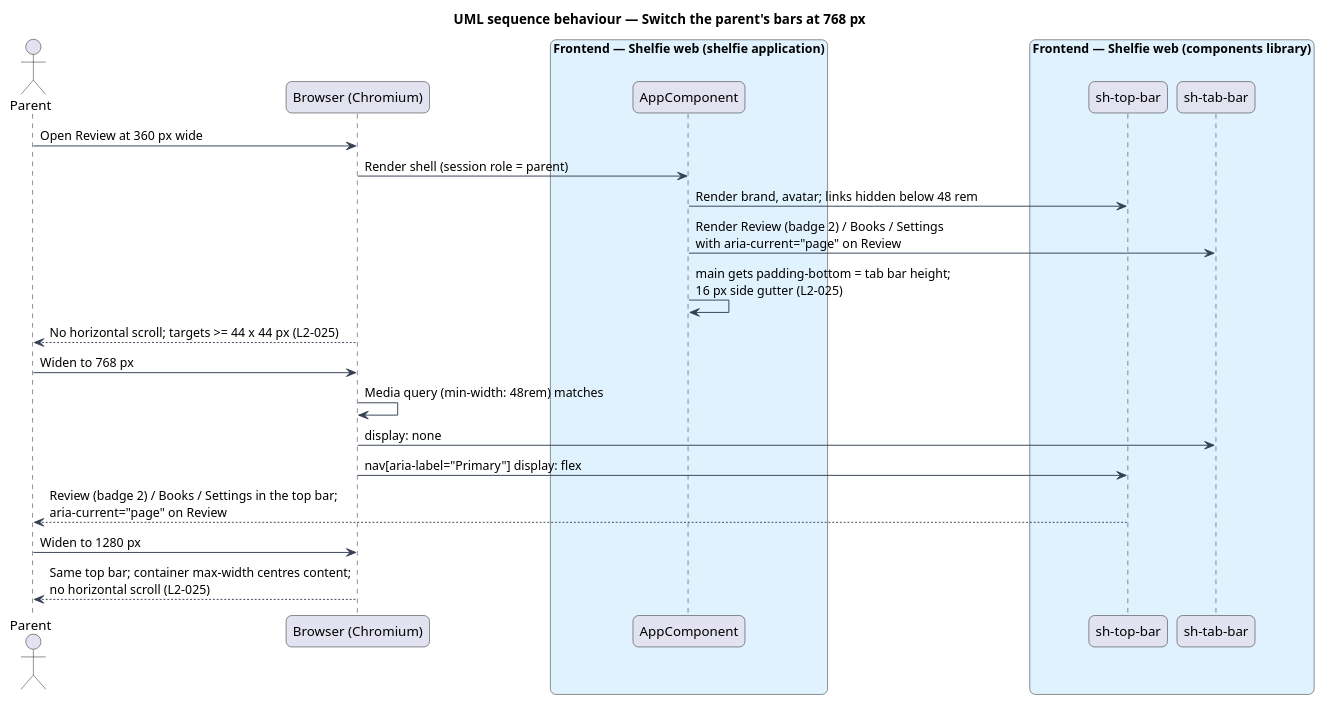
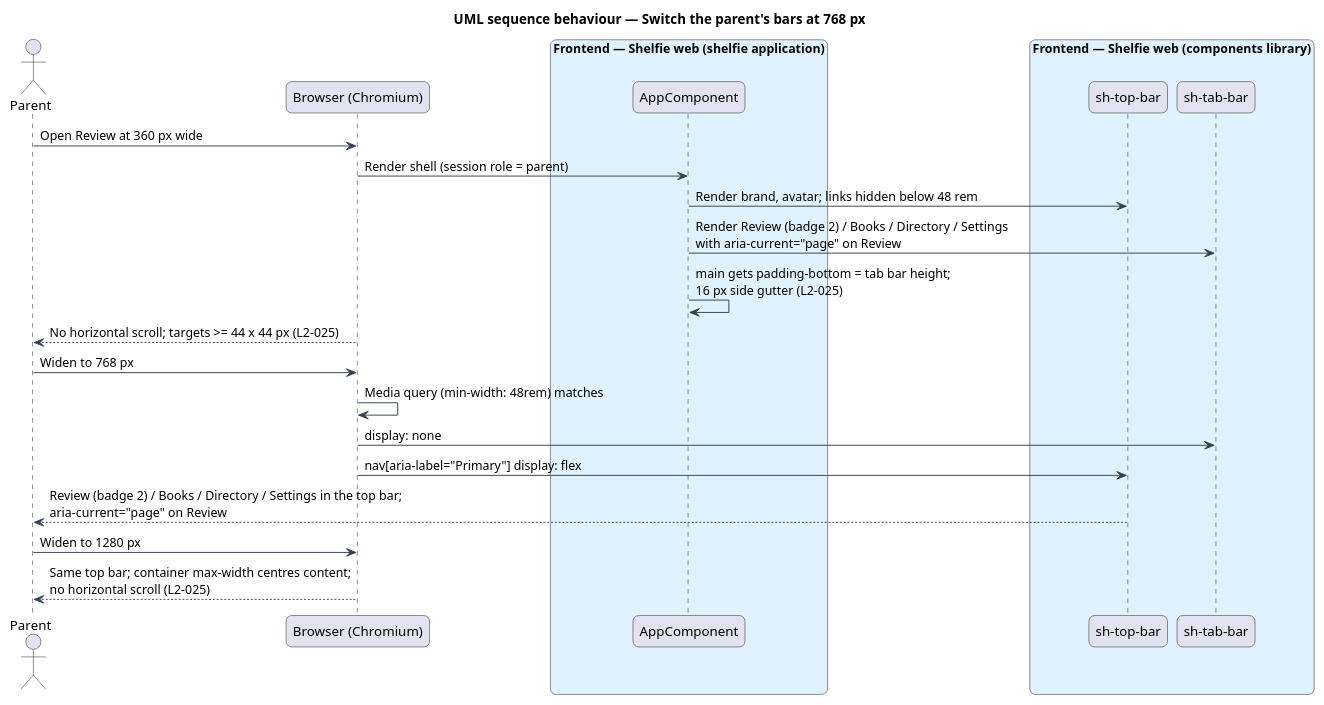
The diagram in docs/detailed-designs/shell/navigate-shell/diagrams/sequence-responsive-bar-switch.puml (QuinntyneBrown/shelfie), drawn with PlantUML before and after one commit. The commit also changed 74 other files, not shown here.

```diff
--- a/docs/detailed-designs/shell/navigate-shell/diagrams/sequence-responsive-bar-switch.puml
+++ b/docs/detailed-designs/shell/navigate-shell/diagrams/sequence-responsive-bar-switch.puml
@@ -1,40 +1,40 @@
 @startuml
 title UML sequence behaviour — Switch the parent's bars at 768 px
 skinparam backgroundColor #FFFFFF
 skinparam shadowing false
 skinparam roundcorner 12
 skinparam defaultFontName Arial
 skinparam ArrowColor #344054
 skinparam rectangle {
   BorderColor #344054
   FontColor #101828
 }
 skinparam package {
   BorderColor #667085
   FontColor #101828
   BackgroundColor #F9FAFB
 }
 actor "Parent" as user
 participant "Browser (Chromium)" as browser
 box "Frontend — Shelfie web (shelfie application)" #E0F2FE
   participant "AppComponent" as app
 end box
 box "Frontend — Shelfie web (components library)" #E0F2FE
   participant "sh-top-bar" as topBar
   participant "sh-tab-bar" as tabBar
 end box
 
 user -> browser : Open Review at 360 px wide
 browser -> app : Render shell (session role = parent)
 app -> topBar : Render brand, avatar; links hidden below 48 rem
-app -> tabBar : Render Review (badge 2) / Books / Settings\nwith aria-current="page" on Review
+app -> tabBar : Render Review (badge 2) / Books / Directory / Settings\nwith aria-current="page" on Review
 app -> app : main gets padding-bottom = tab bar height;\n16 px side gutter (L2-025)
 browser --> user : No horizontal scroll; targets >= 44 x 44 px (L2-025)
 user -> browser : Widen to 768 px
 browser -> browser : Media query (min-width: 48rem) matches
 browser -> tabBar : display: none
 browser -> topBar : nav[aria-label="Primary"] display: flex
-topBar --> user : Review (badge 2) / Books / Settings in the top bar;\naria-current="page" on Review
+topBar --> user : Review (badge 2) / Books / Directory / Settings in the top bar;\naria-current="page" on Review
 user -> browser : Widen to 1280 px
 browser --> user : Same top bar; container max-width centres content;\nno horizontal scroll (L2-025)
 @enduml
```
